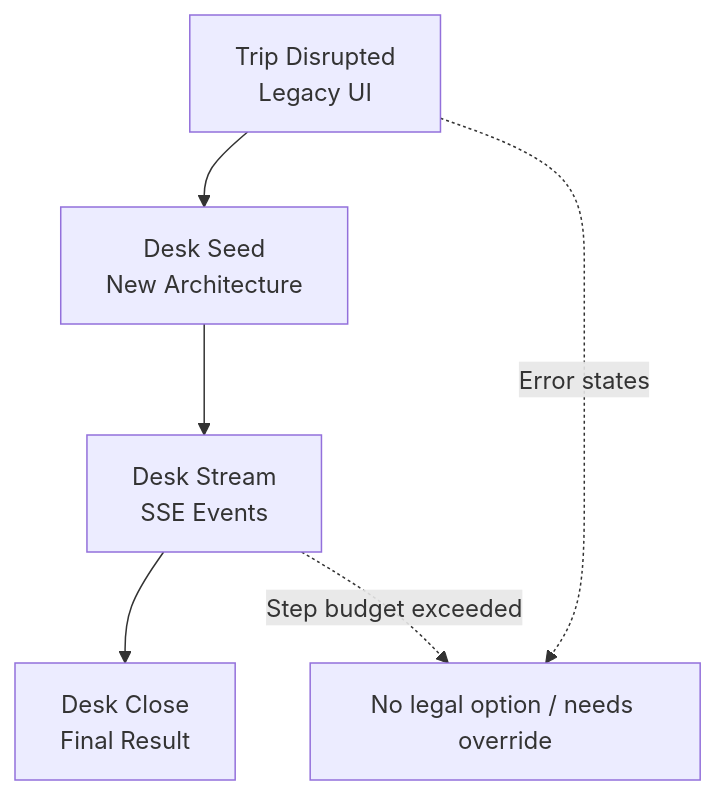
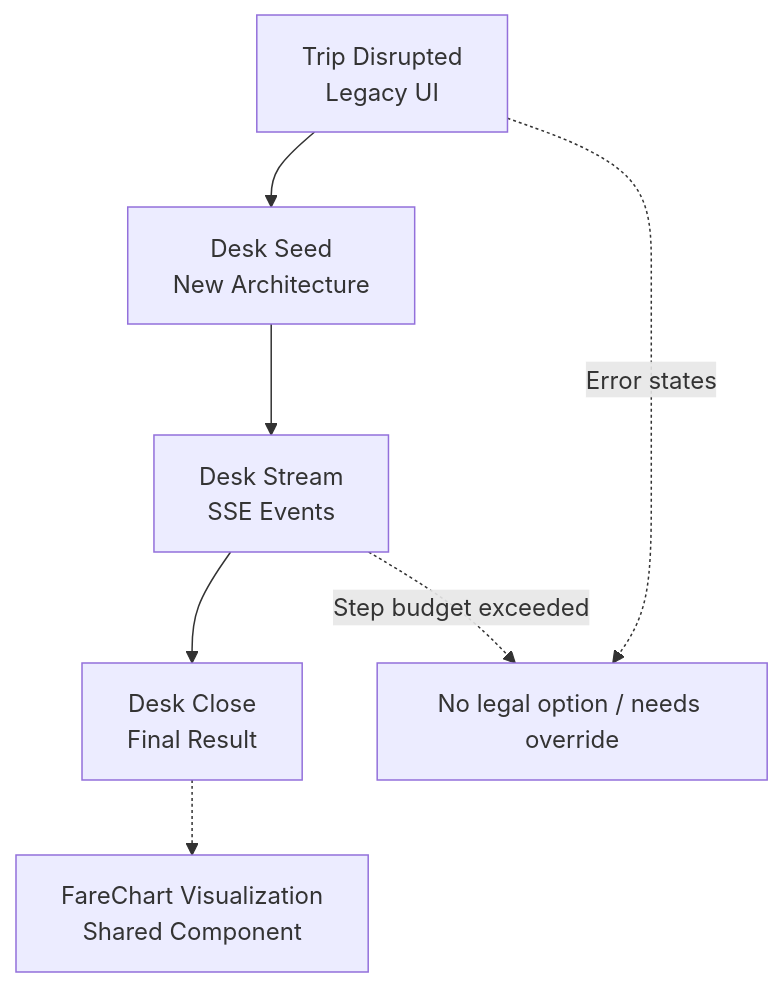
The first of 3 diagrams in .qoder/repowiki/en/content/Product Design/Trip Disruption Screen.md (jaydonnnk/waypoint), drawn with Mermaid before and after one commit. The commit also changed other lines of this file and 20 other files, not shown here.

````diff
--- a/.qoder/repowiki/en/content/Product Design/Trip Disruption Screen.md
+++ b/.qoder/repowiki/en/content/Product Design/Trip Disruption Screen.md
@@ -46,8 +50,9 @@
 ```mermaid
 graph TB
 A["Trip Disrupted<br/>Legacy UI"] --> B["Desk Seed<br/>New Architecture"]
 B --> C["Desk Stream<br/>SSE Events"]
 C --> D["Desk Close<br/>Final Result"]
 A -.->|Error states| E["No legal option / needs override"]
 C -.->|Step budget exceeded| E
+D -.-> F["FareChart Visualization<br/>Shared Component"]
 ```
````
